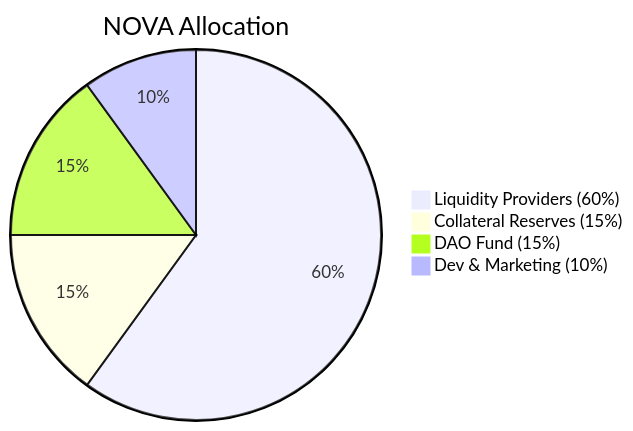
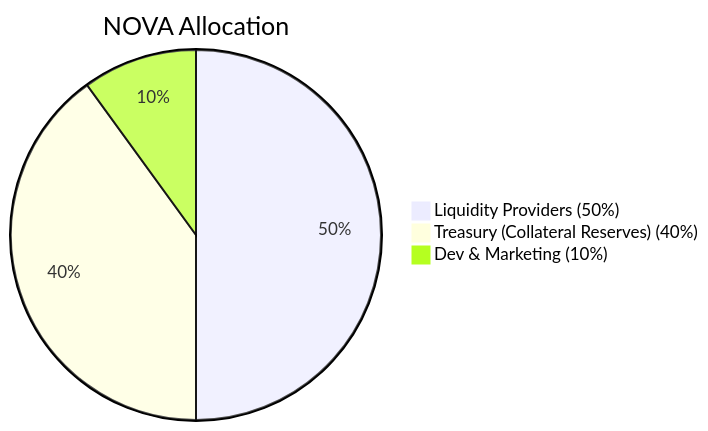
The first of 2 diagrams in README.md (lume-fi/lumefi-contracts), drawn with Mermaid before and after one commit. The commit also changed other lines of this file, not shown here.

````diff
--- a/README.md
+++ b/README.md
@@ -102,8 +90,7 @@
 ```mermaid
 pie
-title NOVA Allocation
-"Liquidity Providers (60%)": 60
-"Collateral Reserves (15%)": 15
-"DAO Fund (15%)": 15
-"Dev & Marketing (10%)": 10
+    title NOVA Allocation
+    "Liquidity Providers (50%)": 50
+    "Treasury (Collateral Reserves) (40%)": 40
+    "Dev & Marketing (10%)": 10
 ```
````
